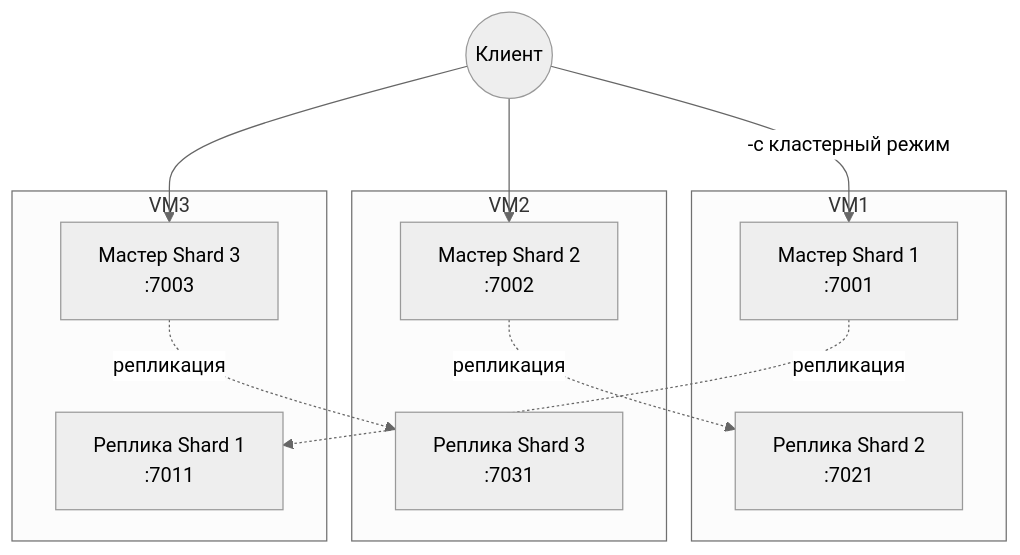
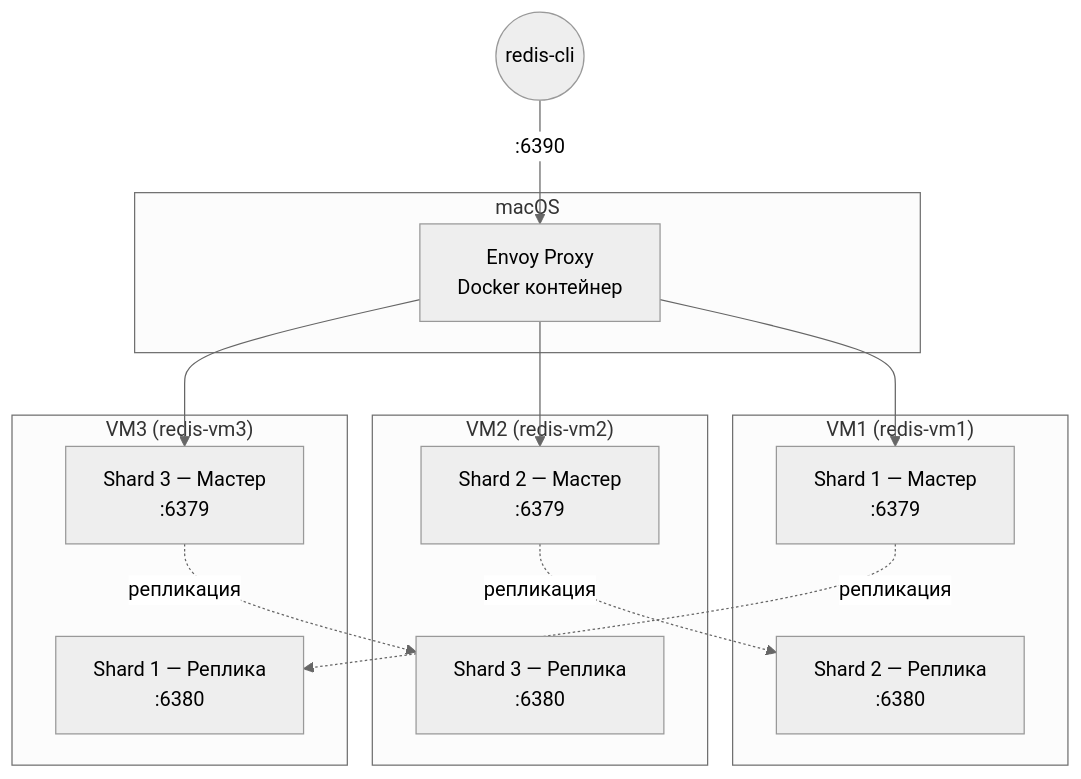
One commit to acider19/micros-homeworks changed the diagram in README.md. Above: the diagram before and after it, drawn with Mermaid (neutral theme). The commit also changed other lines of this file and 30 other files, not shown here.

````diff
--- a/README.md
+++ b/README.md
@@ -79,25 +9,31 @@
 ```mermaid
 flowchart TB
-    Client((Клиент)) -->|"-c кластерный режим"| S1
-    Client --> S2
-    Client --> S3
-    
-    subgraph VM1 ["VM1"]
-        S1[Мастер Shard 1<br>:7001]
-        R2[Реплика Shard 2<br>:7021]
+    Client((redis-cli)) -->|":6390"| Envoy
+
+    subgraph macOS ["macOS"]
+        Envoy[Envoy Proxy<br>Docker контейнер]
     end
-    
-    subgraph VM2 ["VM2"]
-        S2[Мастер Shard 2<br>:7002]
-        R3[Реплика Shard 3<br>:7031]
+
+    subgraph VM1 ["VM1 (redis-vm1)"]
+        S1[Shard 1 — Мастер<br>:6379]
+        R2[Shard 2 — Реплика<br>:6380]
     end
-    
-    subgraph VM3 ["VM3"]
-        S3[Мастер Shard 3<br>:7003]
-        R1[Реплика Shard 1<br>:7011]
+
+    subgraph VM2 ["VM2 (redis-vm2)"]
+        S2[Shard 2 — Мастер<br>:6379]
+        R3[Shard 3 — Реплика<br>:6380]
     end
-    
+
+    subgraph VM3 ["VM3 (redis-vm3)"]
+        S3[Shard 3 — Мастер<br>:6379]
+        R1[Shard 1 — Реплика<br>:6380]
+    end
+
+    Envoy --> S1
+    Envoy --> S2
+    Envoy --> S3
+
     S1 -.->|репликация| R1
     S2 -.->|репликация| R2
     S3 -.->|репликация| R3
 ```
````
